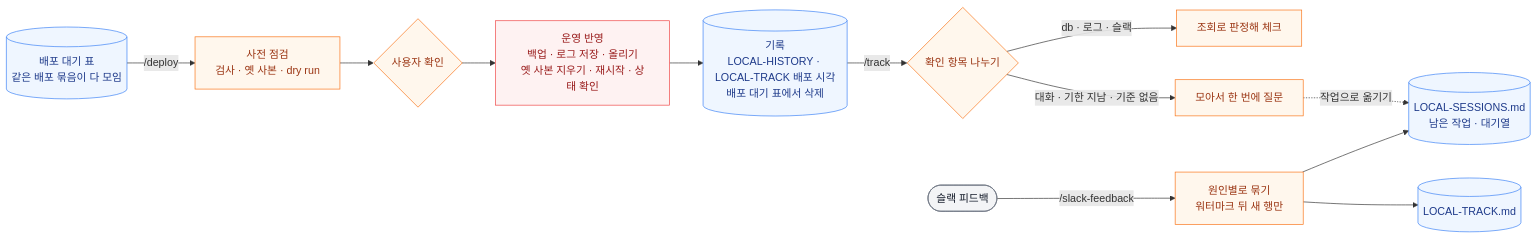
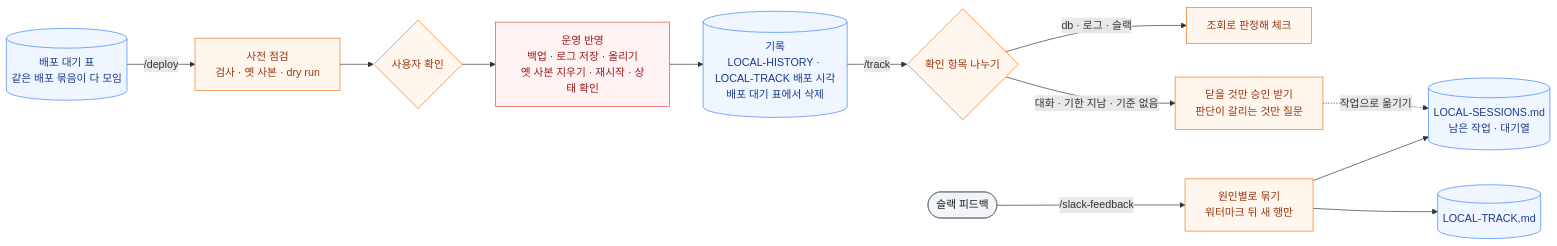
Before and after one commit to hyewon3938/build-with-ai: the fifth of 6 diagrams in workflow/skills-overview.md, drawn with Mermaid. The commit also changed other lines of this file and 1 other file, not shown here.

Commit message:
feat(track): 닫을 항목만 승인 받고 판단이 갈리는 항목만 묻는다
4단계를 모아서 묻기에서 승인 받기와 묻기로 바꿨다. 파일을 바꿀 항목(닫기·옮기기·기준 붙이기·묶음 지우기)만 번호 목록으로 보여 승인을 받고, 기한까지 그대로 둘 항목은 수만 알린다. 사례를 보고도 확신이 없거나 사용자가 정해야 하는 항목만 질문으로 나눈다. 개요 문서의 도식과 분기점 설명도 같은 뜻으로 고쳤다.

````diff
--- a/workflow/skills-overview.md
+++ b/workflow/skills-overview.md
@@ -161,24 +161,24 @@
 ```mermaid
 graph LR
     DW[("배포 대기 표<br/>같은 배포 묶음이 다 모임")] -->|/deploy| PRE["사전 점검<br/>검사 · 옛 사본 · dry run"]
     PRE --> OK{"사용자 확인"}
     OK --> RUN["운영 반영<br/>백업 · 로그 저장 · 올리기<br/>옛 사본 지우기 · 재시작 · 상태 확인"]
     RUN --> REC[("기록<br/>LOCAL-HISTORY · LOCAL-TRACK 배포 시각<br/>배포 대기 표에서 삭제")]
     REC -->|/track| TR{"확인 항목 나누기"}
     TR -->|db · 로그 · 슬랙| AUTO["조회로 판정해 체크"]
-    TR -->|대화 · 기한 지남 · 기준 없음| ASK["모아서 한 번에 질문"]
+    TR -->|대화 · 기한 지남 · 기준 없음| ASK["닫을 것만 승인 받기<br/>판단이 갈리는 것만 질문"]
     ASK -.작업으로 옮기기.-> QU[("LOCAL-SESSIONS.md<br/>남은 작업 · 대기열")]
     SL(["슬랙 피드백"]) -->|/slack-feedback| FB["원인별로 묶기<br/>워터마크 뒤 새 행만"]
     FB --> QU
     FB --> TK[("LOCAL-TRACK.md")]
 
     classDef io fill:#f3f4f6,stroke:#6b7280,color:#111827
     classDef judge fill:#fff7ed,stroke:#f97316,color:#9a3412
     classDef local fill:#eff6ff,stroke:#3b82f6,color:#1e3a8a
     classDef external fill:#fef2f2,stroke:#ef4444,color:#991b1b
 
     class SL io
     class PRE,OK,TR,AUTO,ASK,FB judge
     class DW,REC,QU,TK local
     class RUN external
 ```
````
